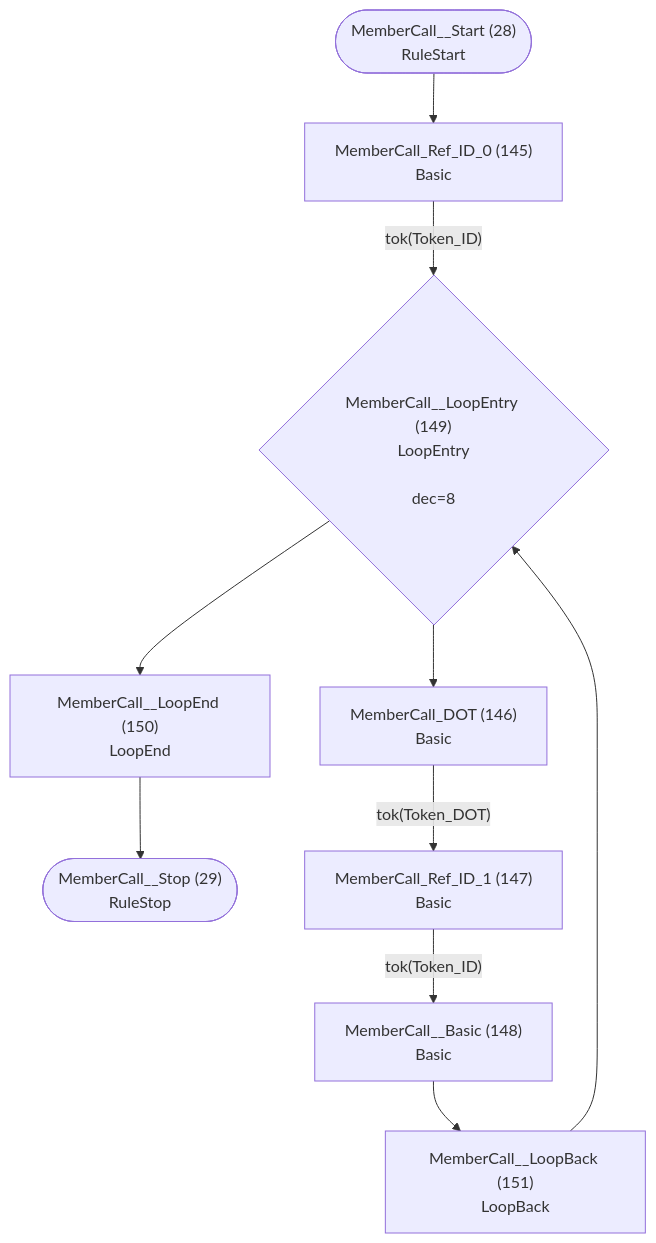
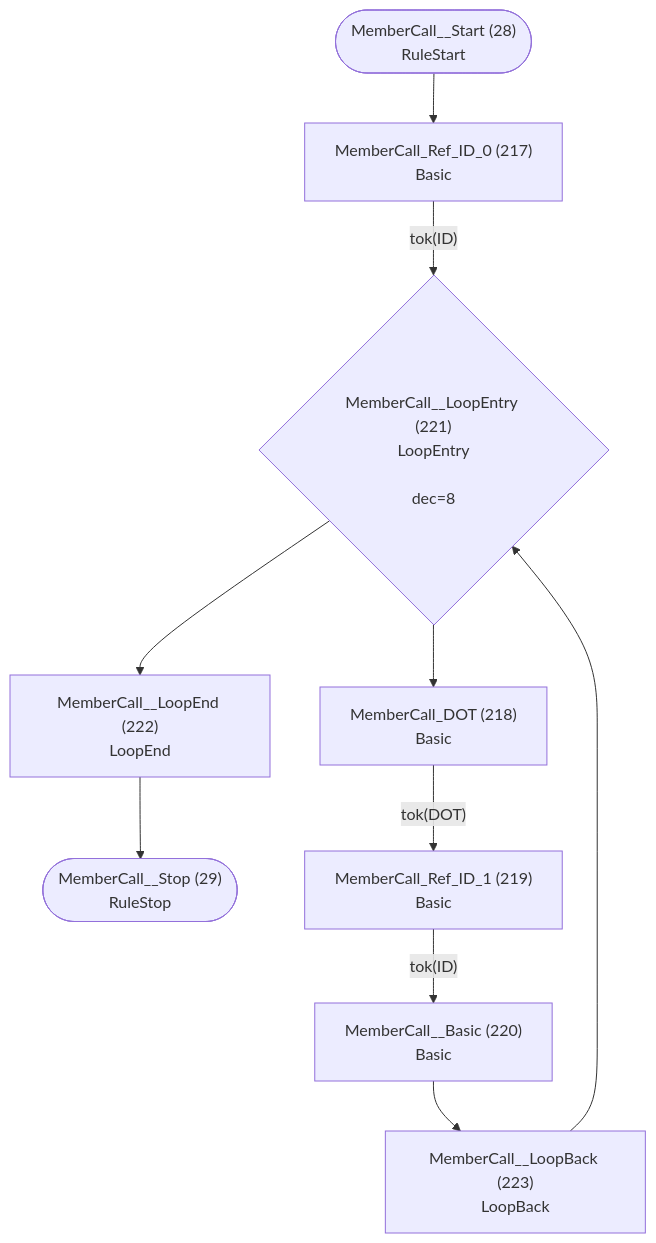
Diagram 15 of 46 in internal/languages/completion/atn.md (TypeFox/fastbelt), drawn with Mermaid before and after one commit. The commit also changed other lines of this file and 58 other files, not shown here.

````diff
--- a/internal/languages/completion/atn.md
+++ b/internal/languages/completion/atn.md
@@ -365,22 +430,22 @@
 ```mermaid
 flowchart TD
     q28(["MemberCall__Start (28)<br/>RuleStart"])
     q29(["MemberCall__Stop (29)<br/>RuleStop"])
-    q145["MemberCall_Ref_ID_0 (145)<br/>Basic<br/>"]
-    q146["MemberCall_DOT (146)<br/>Basic<br/>"]
-    q147["MemberCall_Ref_ID_1 (147)<br/>Basic<br/>"]
-    q148["MemberCall__Basic (148)<br/>Basic<br/>"]
-    q149{"MemberCall__LoopEntry (149)<br/>LoopEntry<br/><br/>dec=8"}
-    q150["MemberCall__LoopEnd (150)<br/>LoopEnd<br/>"]
-    q151["MemberCall__LoopBack (151)<br/>LoopBack<br/>"]
+    q217["MemberCall_Ref_ID_0 (217)<br/>Basic<br/>"]
+    q218["MemberCall_DOT (218)<br/>Basic<br/>"]
+    q219["MemberCall_Ref_ID_1 (219)<br/>Basic<br/>"]
+    q220["MemberCall__Basic (220)<br/>Basic<br/>"]
+    q221{"MemberCall__LoopEntry (221)<br/>LoopEntry<br/><br/>dec=8"}
+    q222["MemberCall__LoopEnd (222)<br/>LoopEnd<br/>"]
+    q223["MemberCall__LoopBack (223)<br/>LoopBack<br/>"]
 
-    q28 --> q145
-    q145 -->|"tok(Token_ID)"| q149
-    q146 -->|"tok(Token_DOT)"| q147
-    q147 -->|"tok(Token_ID)"| q148
-    q148 --> q151
-    q149 --> q146
-    q149 --> q150
-    q150 --> q29
-    q151 --> q149
+    q28 --> q217
+    q217 -->|"tok(ID)"| q221
+    q218 -->|"tok(DOT)"| q219
+    q219 -->|"tok(ID)"| q220
+    q220 --> q223
+    q221 --> q218
+    q221 --> q222
+    q222 --> q29
+    q223 --> q221
 ```
````
